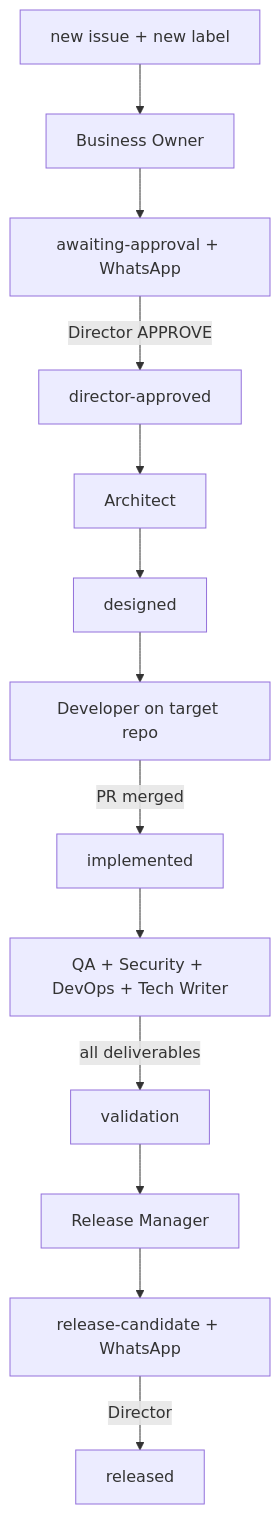
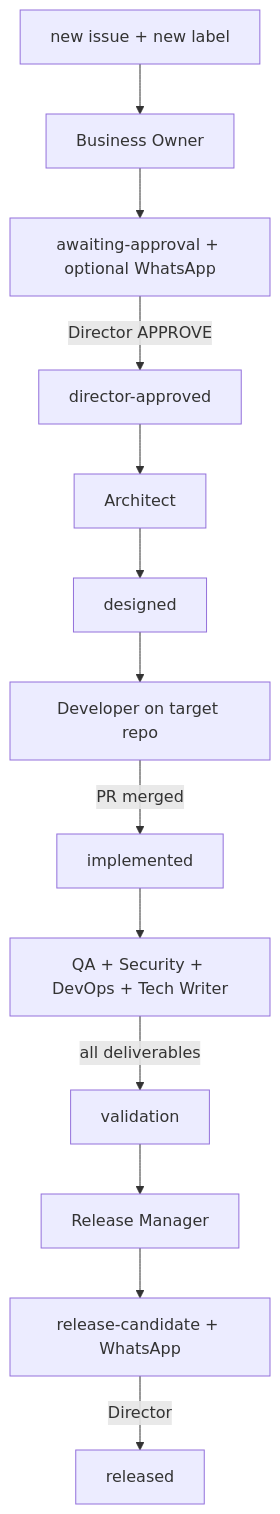
The diagram in docs/squad-orchestrator-automation.md (eduardocerqueira/ai-alpha-squad), drawn with Mermaid before and after one commit. The commit also changed other lines of this file and 5 other files, not shown here.

First line of the commit message:
Treat WhatsApp notify as optional so it never blocks the squad pipeline.

````diff
--- a/docs/squad-orchestrator-automation.md
+++ b/docs/squad-orchestrator-automation.md
@@ -7,15 +7,15 @@
 ```mermaid
 flowchart TD
   A[new issue + new label] --> BO[Business Owner]
-  BO --> AA[awaiting-approval + WhatsApp]
+  BO --> AA[awaiting-approval + optional WhatsApp]
   AA -->|Director APPROVE| DA[director-approved]
   DA --> AR[Architect]
   AR --> DE[designed]
   DE --> DEV[Developer on target repo]
   DEV -->|PR merged| IM[implemented]
   IM --> V[QA + Security + DevOps + Tech Writer]
   V -->|all deliverables| VA[validation]
   VA --> RM[Release Manager]
   RM --> RC[release-candidate + WhatsApp]
   RC -->|Director| REL[released]
 ```
````
